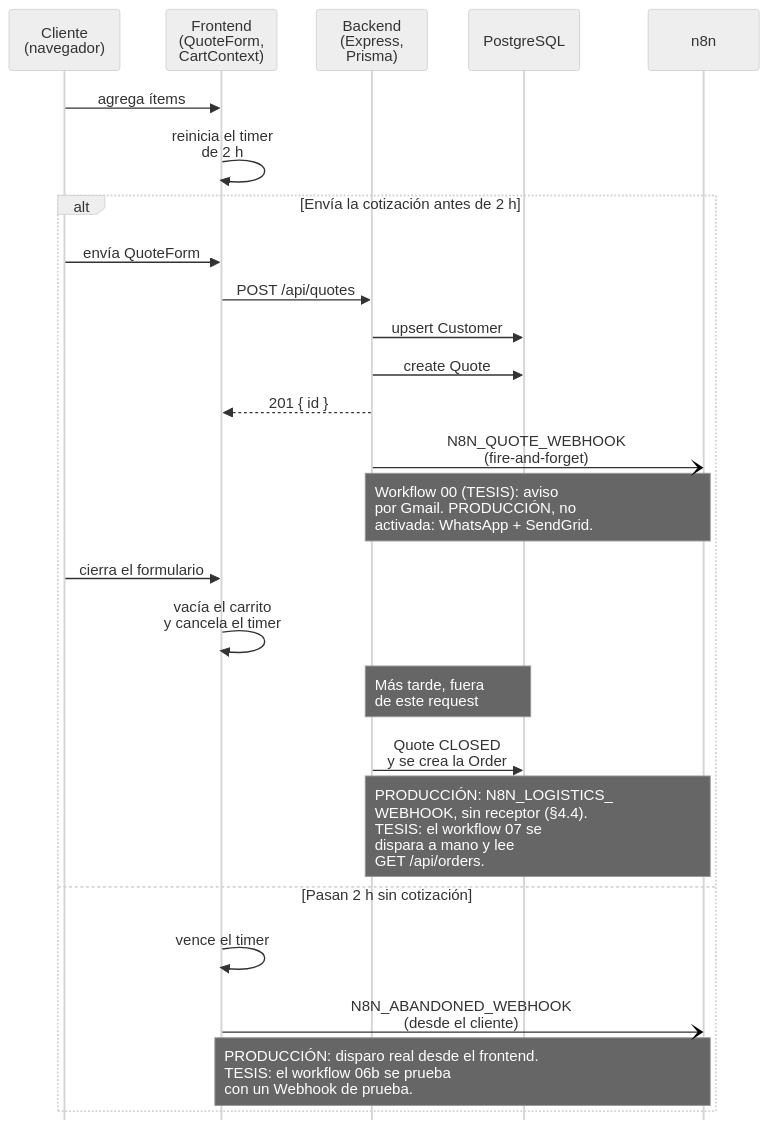
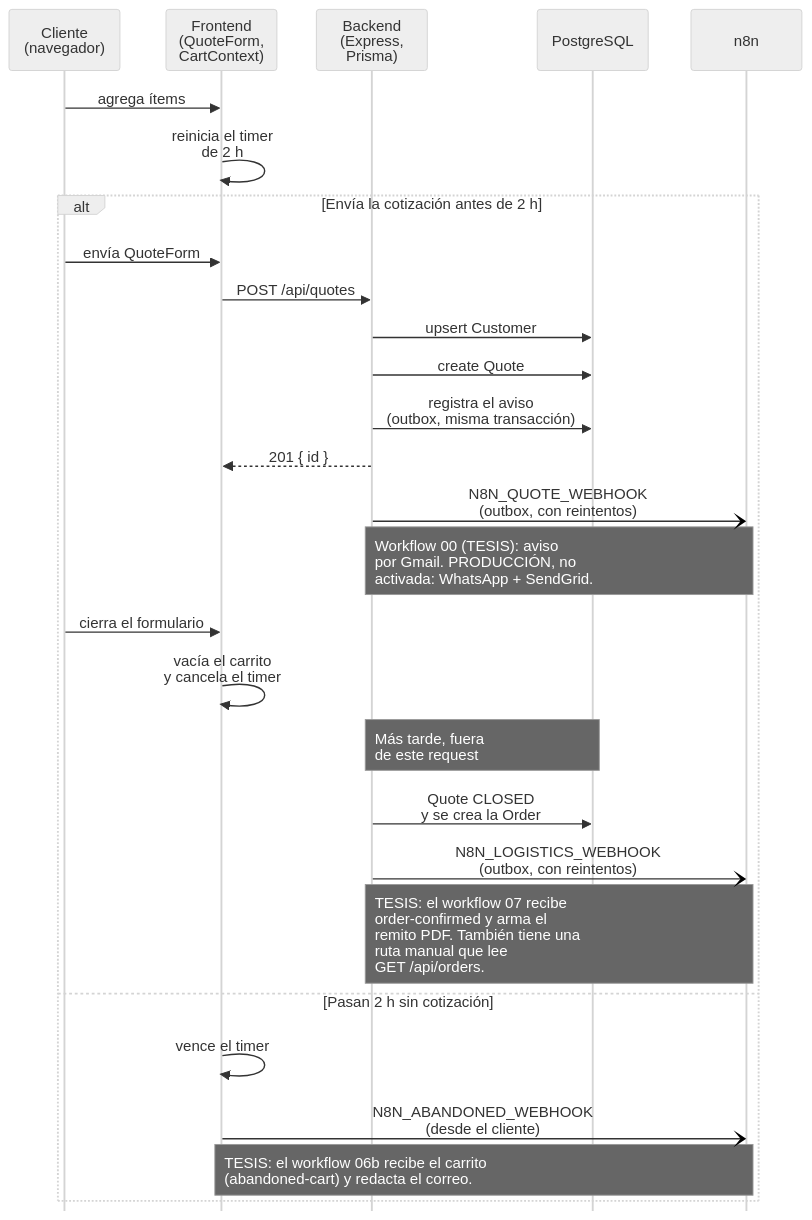
The diagram in docs/assets/diagrams/fig2-secuencia-leads.mmd (sudogringo/FINAL), drawn with Mermaid before and after one commit. The commit also changed 10 other files, not shown here.

```diff
--- a/docs/assets/diagrams/fig2-secuencia-leads.mmd
+++ b/docs/assets/diagrams/fig2-secuencia-leads.mmd
@@ -1,27 +1,29 @@
 %%{init: {"theme":"neutral","sequence":{"mirrorActors":false,"actorFontSize":20,"messageFontSize":20,"noteFontSize":19,"actorMargin":14,"width":118,"boxMargin":6,"messageMargin":22,"wrap":false,"noteAlign":"left"},"themeVariables":{"fontFamily":"Arial"}}}%%
 sequenceDiagram
     participant C as Cliente<br/>(navegador)
     participant FE as Frontend<br/>(QuoteForm,<br/>CartContext)
     participant BE as Backend<br/>(Express,<br/>Prisma)
     participant DB as PostgreSQL
     participant N8N as n8n
     C->>FE: agrega ítems
     FE->>FE: reinicia el timer<br/>de 2 h
     alt Envía la cotización antes de 2 h
         C->>FE: envía QuoteForm
         FE->>BE: POST /api/quotes
         BE->>DB: upsert Customer
         BE->>DB: create Quote
+        BE->>DB: registra el aviso<br/>(outbox, misma transacción)
         BE-->>FE: 201 { id }
-        BE-)N8N: N8N_QUOTE_WEBHOOK<br/>(fire-and-forget)
+        BE-)N8N: N8N_QUOTE_WEBHOOK<br/>(outbox, con reintentos)
         Note over BE,N8N: Workflow 00 (TESIS): aviso<br/>por Gmail. PRODUCCIÓN, no<br/>activada: WhatsApp + SendGrid.
         C->>FE: cierra el formulario
         FE->>FE: vacía el carrito<br/>y cancela el timer
         Note over BE,DB: Más tarde, fuera<br/>de este request
         BE->>DB: Quote CLOSED<br/>y se crea la Order
-        Note over BE,N8N: PRODUCCIÓN: N8N_LOGISTICS_<br/>WEBHOOK, sin receptor (§4.4).<br/>TESIS: el workflow 07 se<br/>dispara a mano y lee<br/>GET /api/orders.
+        BE-)N8N: N8N_LOGISTICS_WEBHOOK<br/>(outbox, con reintentos)
+        Note over BE,N8N: TESIS: el workflow 07 recibe<br/>order-confirmed y arma el<br/>remito PDF. También tiene una<br/>ruta manual que lee<br/>GET /api/orders.
     else Pasan 2 h sin cotización
         FE->>FE: vence el timer
         FE-)N8N: N8N_ABANDONED_WEBHOOK<br/>(desde el cliente)
-        Note over FE,N8N: PRODUCCIÓN: disparo real desde el frontend.<br/>TESIS: el workflow 06b se prueba<br/>con un Webhook de prueba.
+        Note over FE,N8N: TESIS: el workflow 06b recibe el carrito<br/>(abandoned-cart) y redacta el correo.
     end
```
